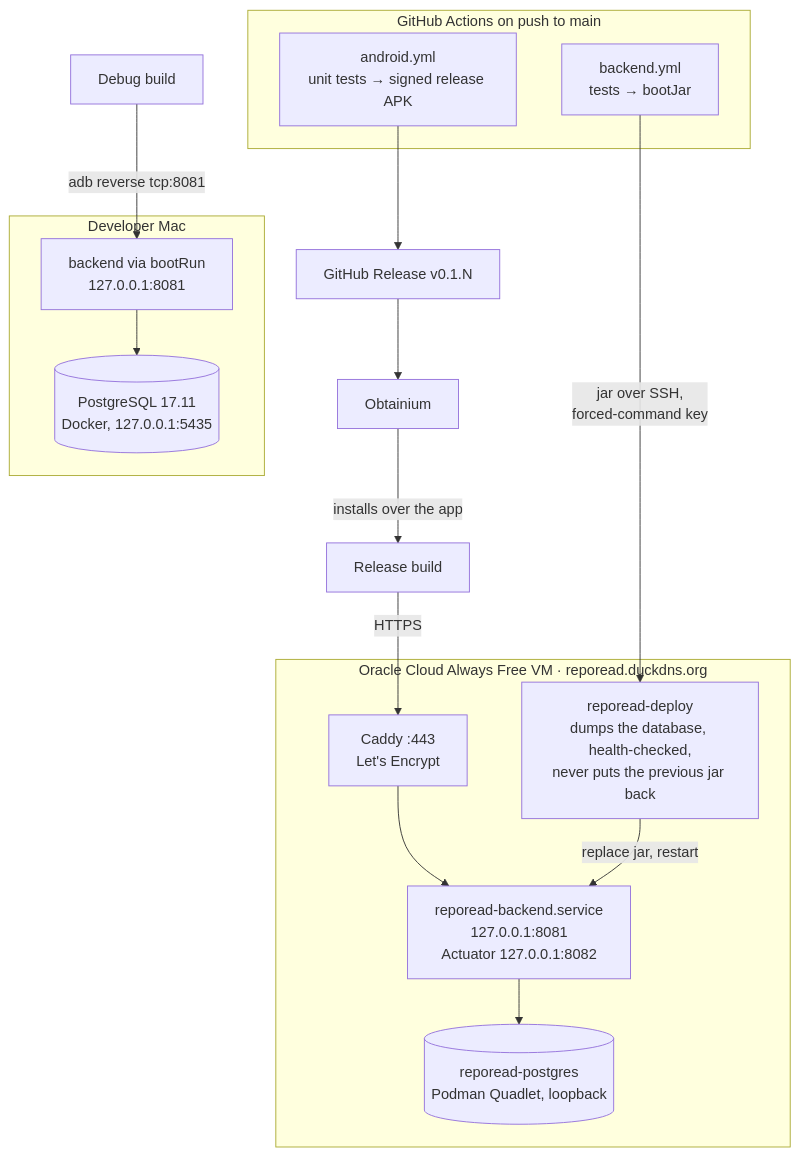
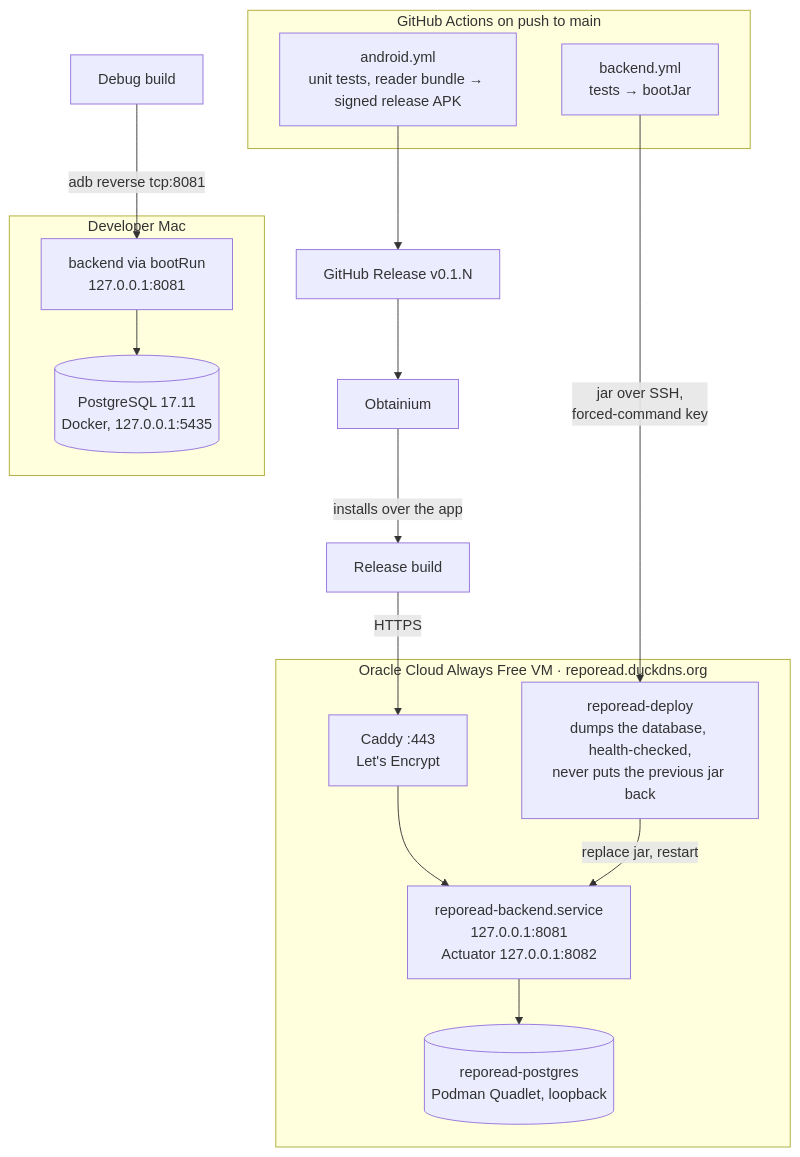
The second of 12 diagrams in docs/architecture.md (jaxwong/reporead), drawn with Mermaid before and after one commit. The commit also changed 4 other files, not shown here.

````diff
--- a/docs/architecture.md
+++ b/docs/architecture.md
@@ -50,32 +50,32 @@
 ```mermaid
 flowchart TB
     subgraph Dev["Developer Mac"]
         DevAPI["backend via bootRun<br/>127.0.0.1:8081"]
         DevPG[("PostgreSQL 17.11<br/>Docker, 127.0.0.1:5435")]
         DevAPI --> DevPG
     end
 
     subgraph VM["Oracle Cloud Always Free VM · reporead.duckdns.org"]
         Caddy["Caddy :443<br/>Let's Encrypt"]
         Svc["reporead-backend.service<br/>127.0.0.1:8081<br/>Actuator 127.0.0.1:8082"]
         VMPG[("reporead-postgres<br/>Podman Quadlet, loopback")]
         Deploy["reporead-deploy<br/>dumps the database, health-checked,<br/>never puts the previous jar back"]
         Caddy --> Svc --> VMPG
         Deploy -- "replace jar, restart" --> Svc
     end
 
     subgraph GHA["GitHub Actions on push to main"]
         BW["backend.yml<br/>tests → bootJar"]
-        AW["android.yml<br/>unit tests → signed release APK"]
+        AW["android.yml<br/>unit tests, reader bundle → signed release APK"]
     end
 
     Rel["GitHub Release v0.1.N"]
     DebugApp["Debug build"]
     ReleaseApp["Release build"]
     Obt["Obtainium"]
 
     DebugApp -- "adb reverse tcp:8081" --> DevAPI
     ReleaseApp -- "HTTPS" --> Caddy
     BW -- "jar over SSH,<br/>forced-command key" --> Deploy
     AW --> Rel --> Obt -- "installs over the app" --> ReleaseApp
 ```
````
